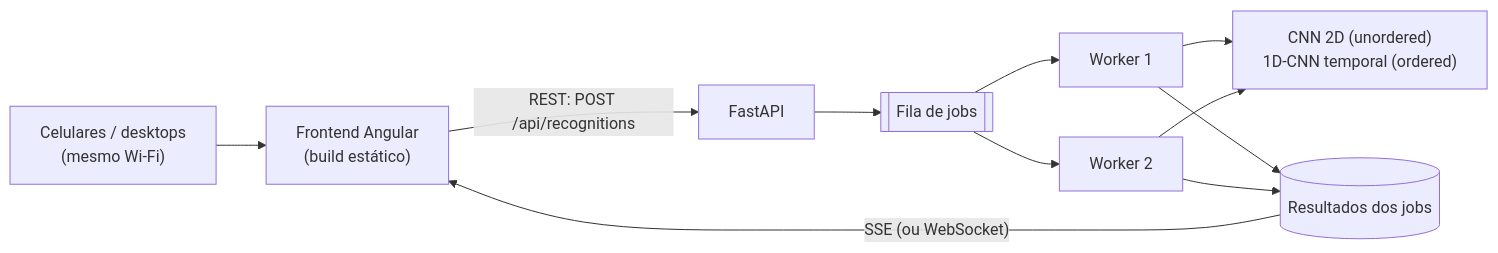
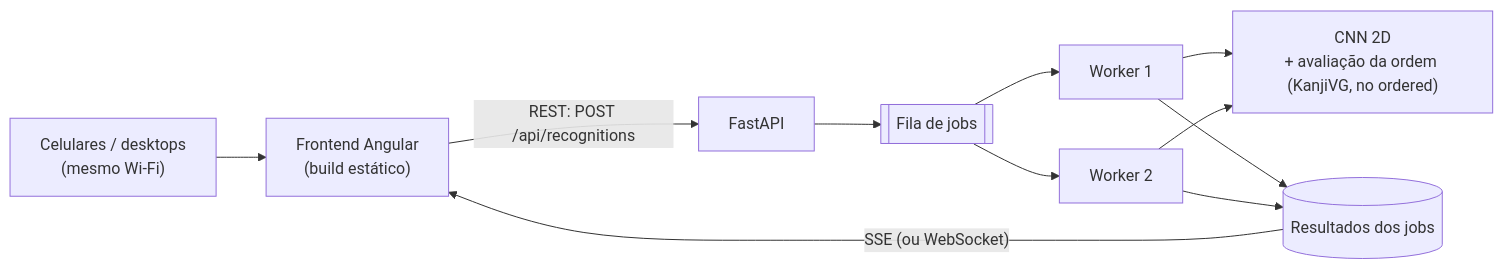
One commit to Asuka-Jyuku/kanji-lens changed the first of 3 diagrams in docs/ARCHITECTURE.md. Above: the diagram before and after it, drawn with Mermaid. The commit also changed other lines of this file and 15 other files, not shown here.

First line of the commit message:
docs(ml): make the ordered mode a stroke-order check against KanjiVG

````diff
--- a/docs/ARCHITECTURE.md
+++ b/docs/ARCHITECTURE.md
@@ -37,10 +37,10 @@
 ```mermaid
 flowchart LR
     clients["Celulares / desktops<br/>(mesmo Wi-Fi)"] --> fe["Frontend Angular<br/>(build estático)"]
     fe -- "REST: POST /api/recognitions" --> api["FastAPI"]
     api --> queue[["Fila de jobs"]]
     queue --> w1["Worker 1"] & w2["Worker 2"]
-    w1 & w2 --> model["CNN 2D (unordered)<br/>1D-CNN temporal (ordered)"]
+    w1 & w2 --> model["CNN 2D<br/>+ avaliação da ordem (KanjiVG, no ordered)"]
     w1 & w2 --> store[("Resultados dos jobs")]
     store -- "SSE (ou WebSocket)" --> fe
 ```
````
